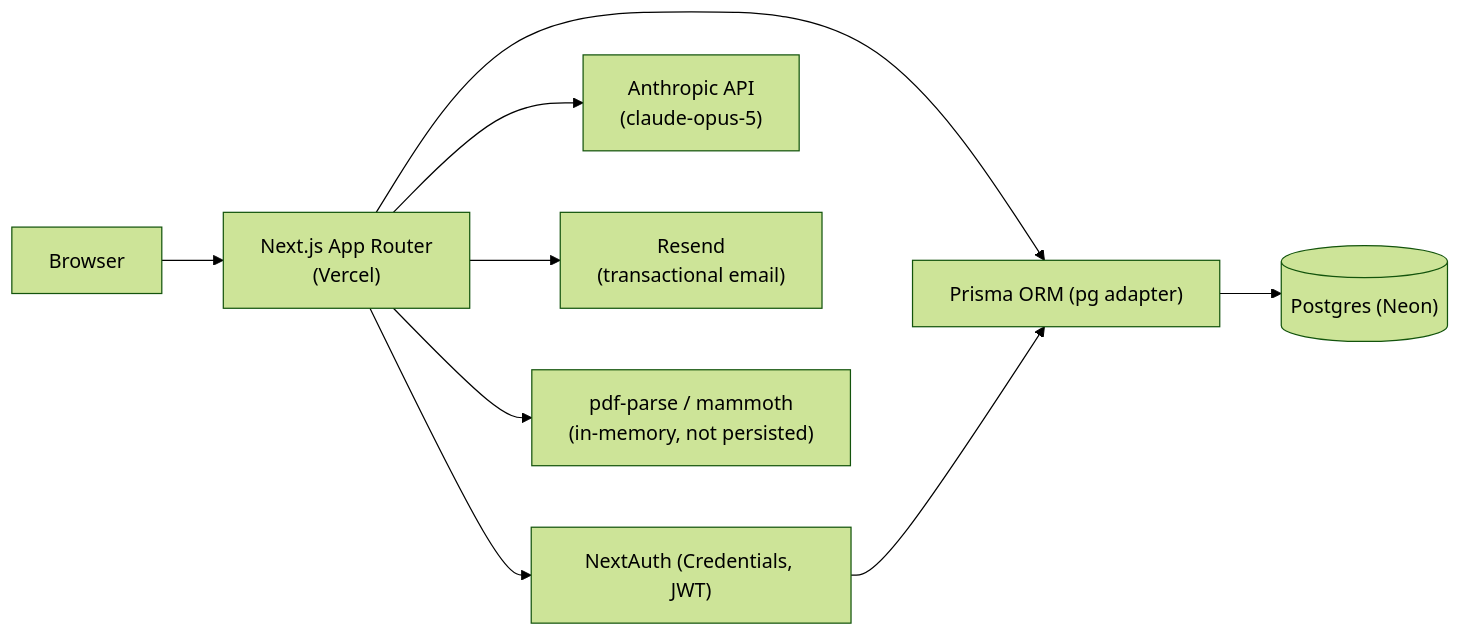
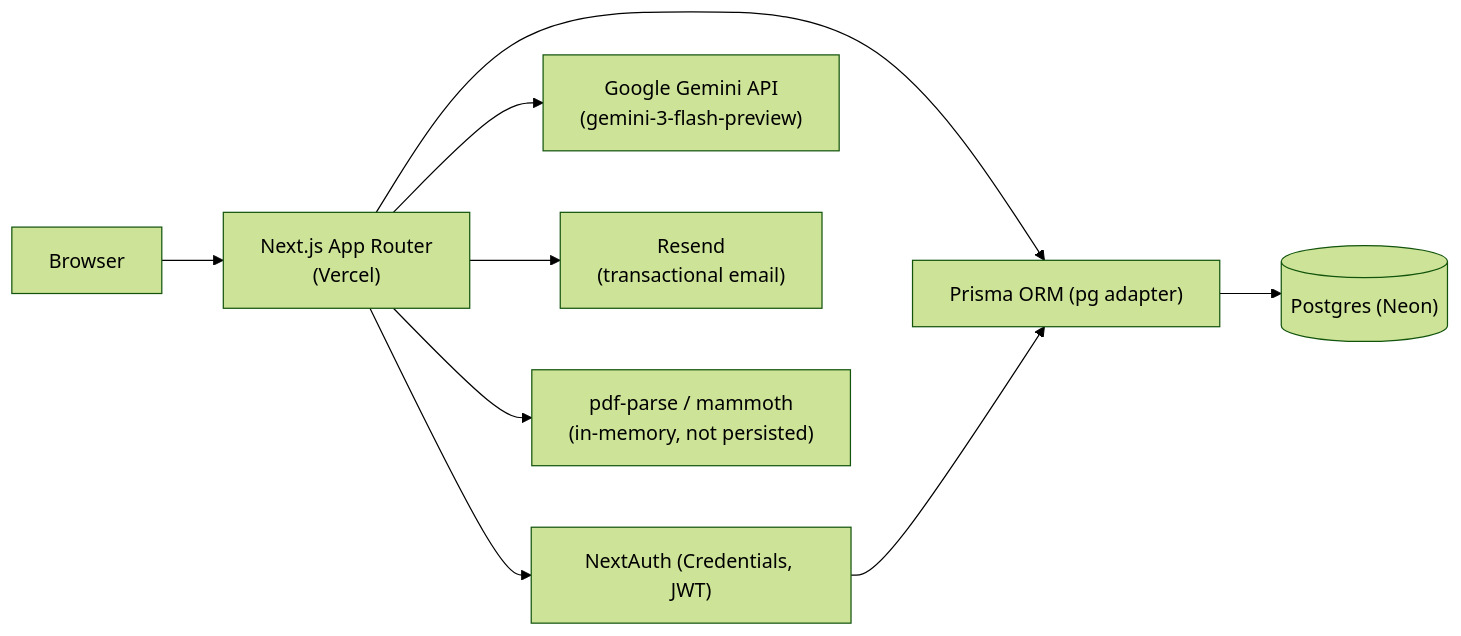
The diagram in docs/ARCHITECTURE.md (AbhishekKumar1709/AI-Job-Application-Builder), drawn with Mermaid (forest theme) before and after one commit. The commit also changed other lines of this file and 14 other files, not shown here.

First line of the commit message:
Switch AI provider from Anthropic to Google Gemini (free tier)

````diff
--- a/docs/ARCHITECTURE.md
+++ b/docs/ARCHITECTURE.md
@@ -184,11 +185,11 @@
 ```mermaid
 flowchart LR
     Browser --> NextApp["Next.js App Router\n(Vercel)"]
     NextApp --> NextAuth["NextAuth (Credentials, JWT)"]
     NextApp --> Prisma["Prisma ORM (pg adapter)"]
-    NextApp --> Anthropic["Anthropic API\n(claude-opus-5)"]
+    NextApp --> Gemini["Google Gemini API\n(gemini-3-flash-preview)"]
     NextApp --> Resend["Resend\n(transactional email)"]
     NextApp --> FileParse["pdf-parse / mammoth\n(in-memory, not persisted)"]
     NextAuth --> Prisma
     Prisma --> Neon[("Postgres (Neon)")]
 ```
````
